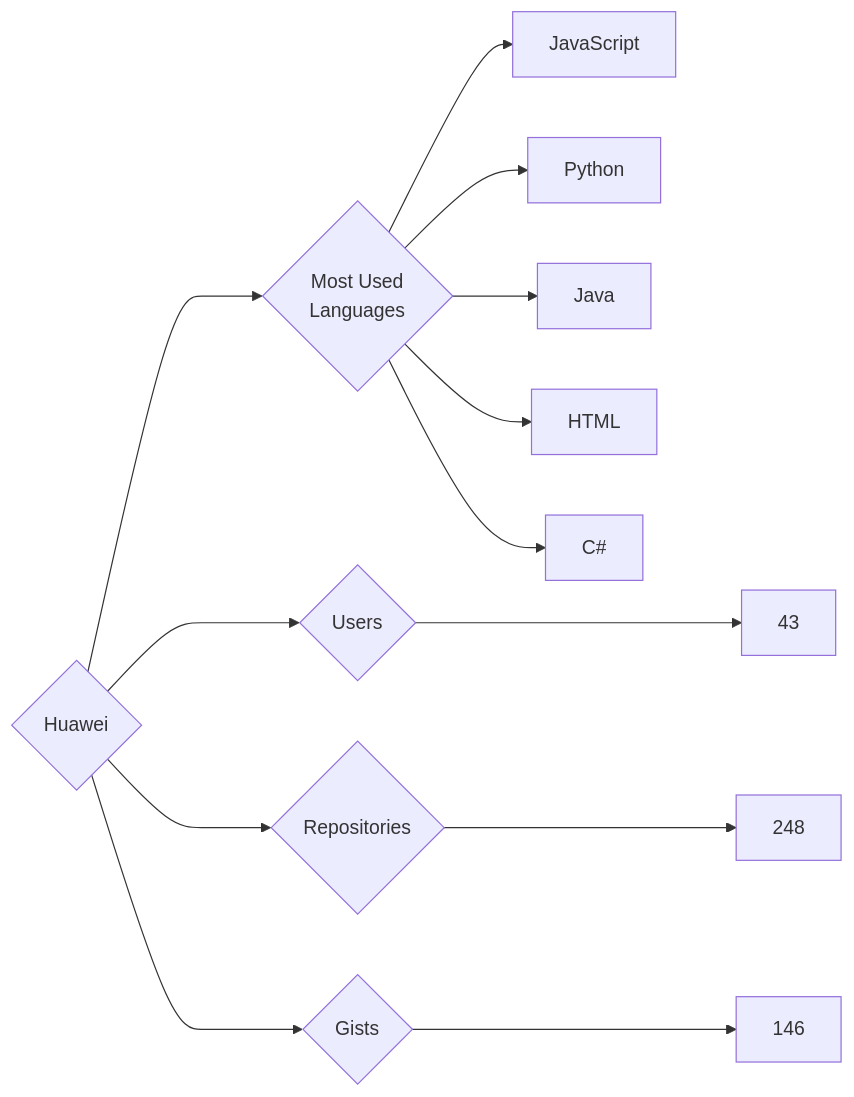
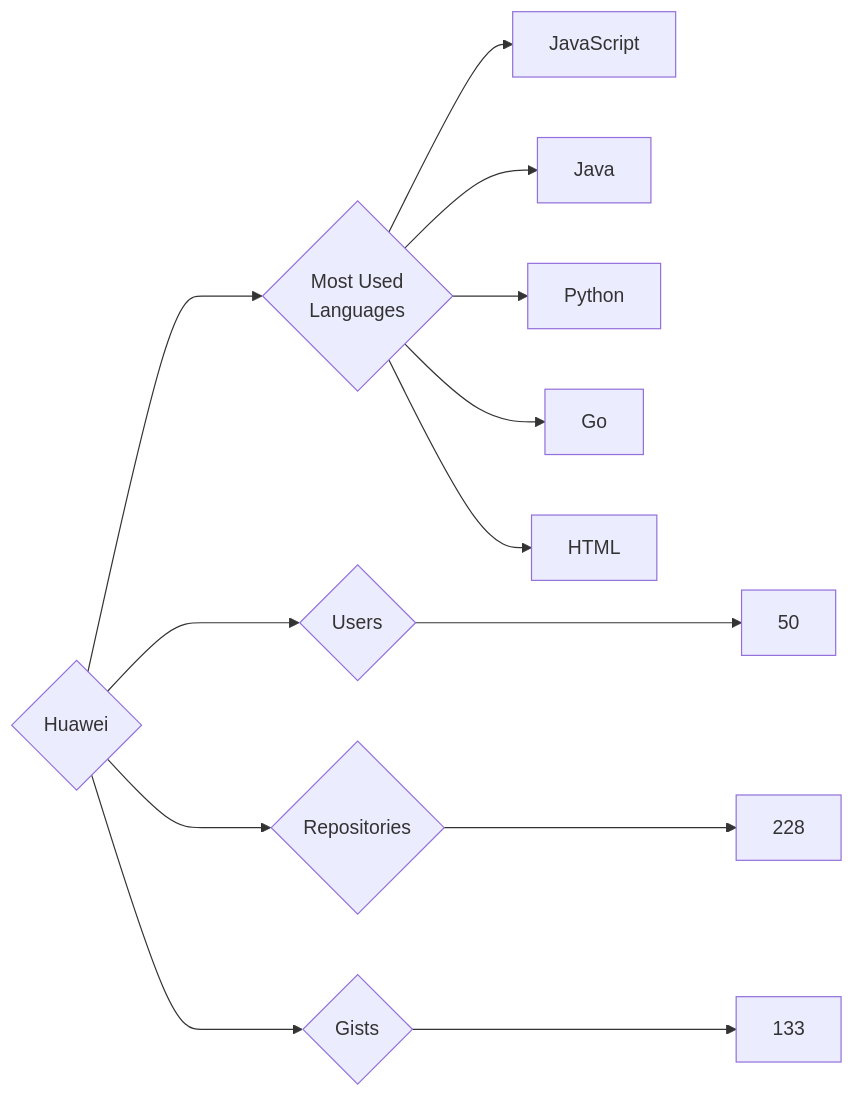
Before and after one commit to trickest/insiders: the diagram in targets/Huawei/README.md, drawn with Mermaid. The commit also changed 1084 other files, not shown here.

````diff
--- a/targets/Huawei/README.md
+++ b/targets/Huawei/README.md
@@ -3,13 +3,13 @@
 ```mermaid
 graph LR
 COMPANY_NAME{Huawei}
-COMPANY_NAME ---> U{Users} ---> UN[43]
-COMPANY_NAME ---> R{Repositories} ---> RN[248]
-COMPANY_NAME ---> G{Gists} ---> GN[146]
+COMPANY_NAME ---> U{Users} ---> UN[50]
+COMPANY_NAME ---> R{Repositories} ---> RN[228]
+COMPANY_NAME ---> G{Gists} ---> GN[133]
 COMPANY_NAME ---> ML{Most Used<br>Languages}
 ML --> JavaScript[JavaScript]
+ML --> Java[Java]
 ML --> Python[Python]
-ML --> Java[Java]
+ML --> Go[Go]
 ML --> HTML[HTML]
-ML --> C#[C#]
 ```
````
